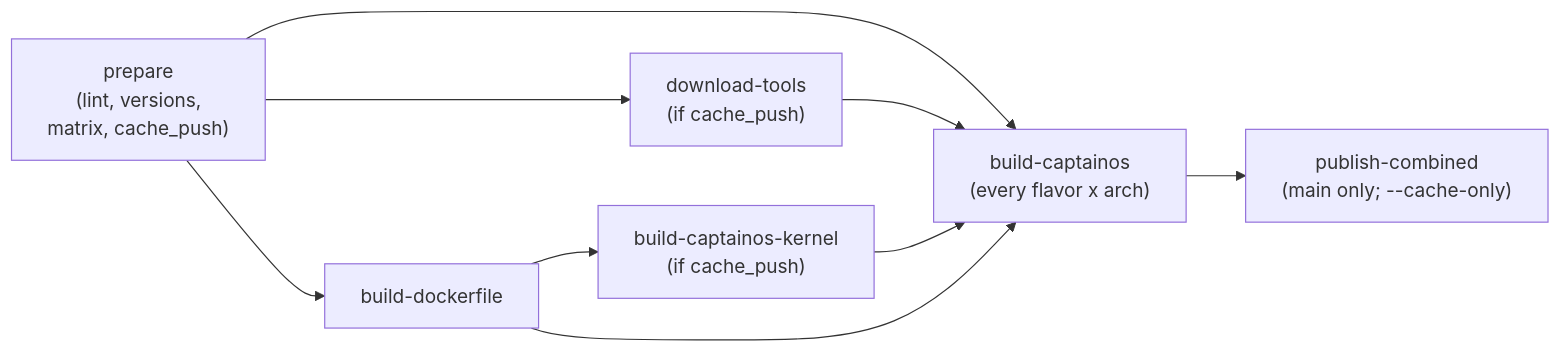
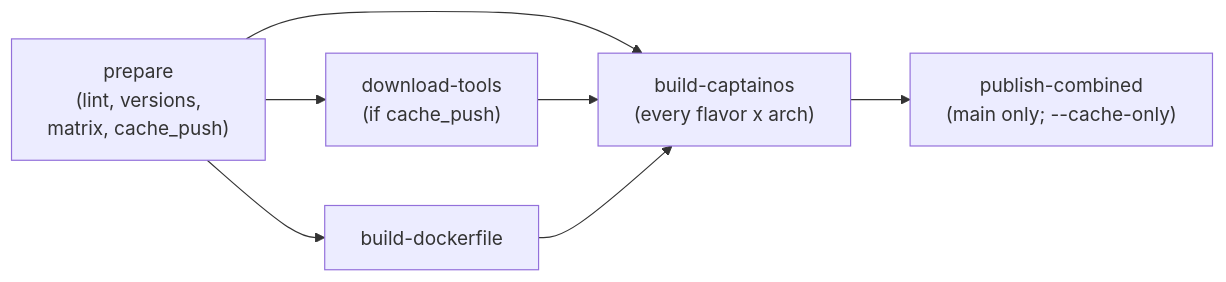
The fourth of 4 diagrams in docs/build-caching.md (rpardini/captain), drawn with Mermaid before and after one commit. The commit also changed other lines of this file and 1 other file, not shown here.

First line of the commit message:
ci: don't hold every flavor build on the kernel build

````diff
--- a/docs/build-caching.md
+++ b/docs/build-caching.md
@@ -167,14 +167,12 @@
 ```mermaid
 flowchart LR
     prepare["prepare<br/>(lint, versions,<br/>matrix, cache_push)"]
     builder["build-dockerfile"]
     tools["download-tools<br/>(if cache_push)"]
-    kernel["build-captainos-kernel<br/>(if cache_push)"]
     build["build-captainos<br/>(every flavor x arch)"]
     combined["publish-combined<br/>(main only; --cache-only)"]
     prepare --> builder & tools
-    builder --> kernel
     prepare --> build
-    tools & kernel & builder --> build
+    tools & builder --> build
     build --> combined
 ```
````
